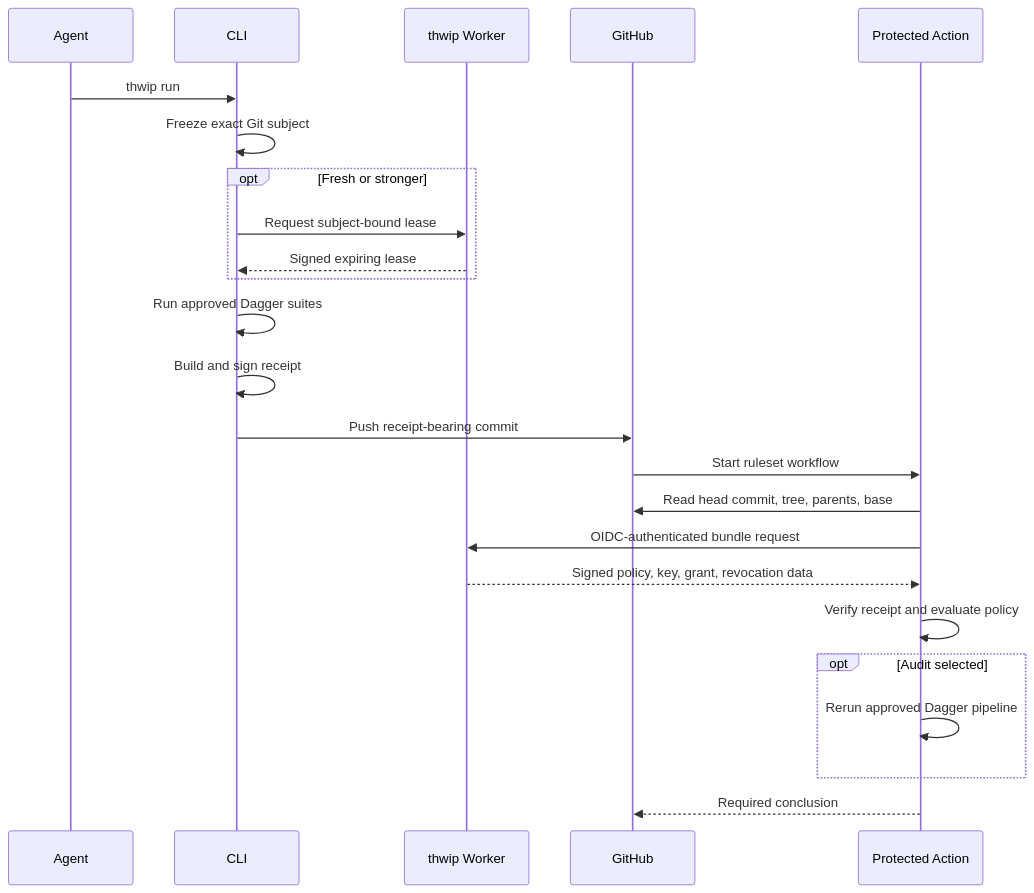
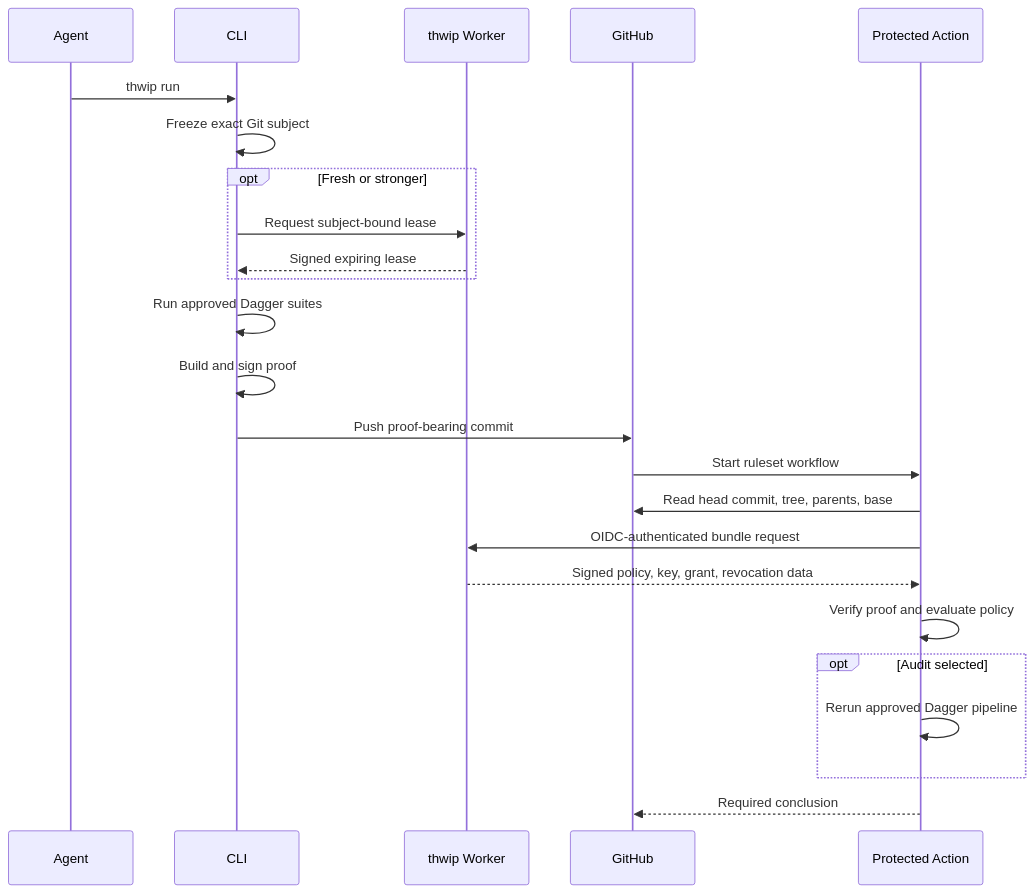
One commit to recallnet/thwip changed the third of 6 diagrams in plan.md. Above: the diagram before and after it, drawn with Mermaid. The commit also changed other lines of this file and 22 other files, not shown here.

````diff
--- a/plan.md
+++ b/plan.md
@@ -453,27 +453,27 @@
 ```mermaid
 sequenceDiagram
   participant Agent
   participant CLI
   participant Edge as thwip Worker
   participant GH as GitHub
   participant Verify as Protected Action
 
   Agent->>CLI: thwip run
   CLI->>CLI: Freeze exact Git subject
   opt Fresh or stronger
     CLI->>Edge: Request subject-bound lease
     Edge-->>CLI: Signed expiring lease
   end
   CLI->>CLI: Run approved Dagger suites
-  CLI->>CLI: Build and sign receipt
-  CLI->>GH: Push receipt-bearing commit
+  CLI->>CLI: Build and sign proof
+  CLI->>GH: Push proof-bearing commit
   GH->>Verify: Start ruleset workflow
   Verify->>GH: Read head commit, tree, parents, base
   Verify->>Edge: OIDC-authenticated bundle request
   Edge-->>Verify: Signed policy, key, grant, revocation data
-  Verify->>Verify: Verify receipt and evaluate policy
+  Verify->>Verify: Verify proof and evaluate policy
   opt Audit selected
     Verify->>Verify: Rerun approved Dagger pipeline
   end
   Verify-->>GH: Required conclusion
 ```
````
